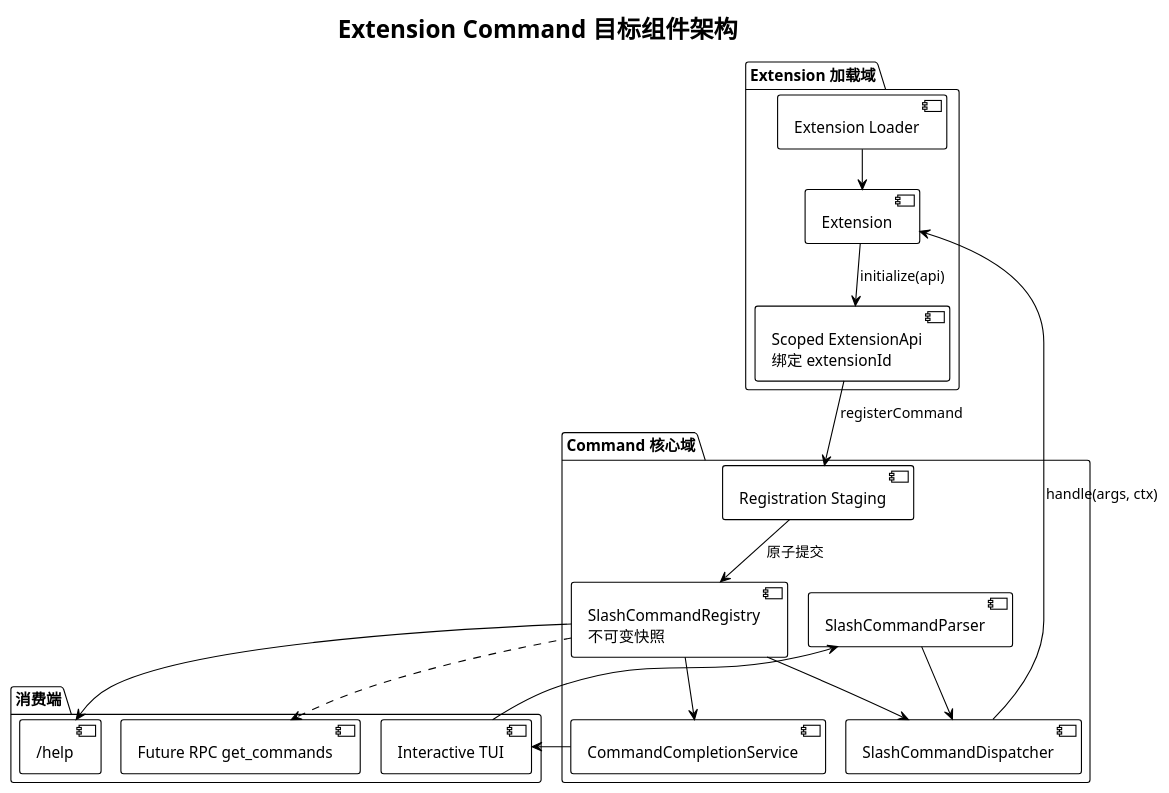
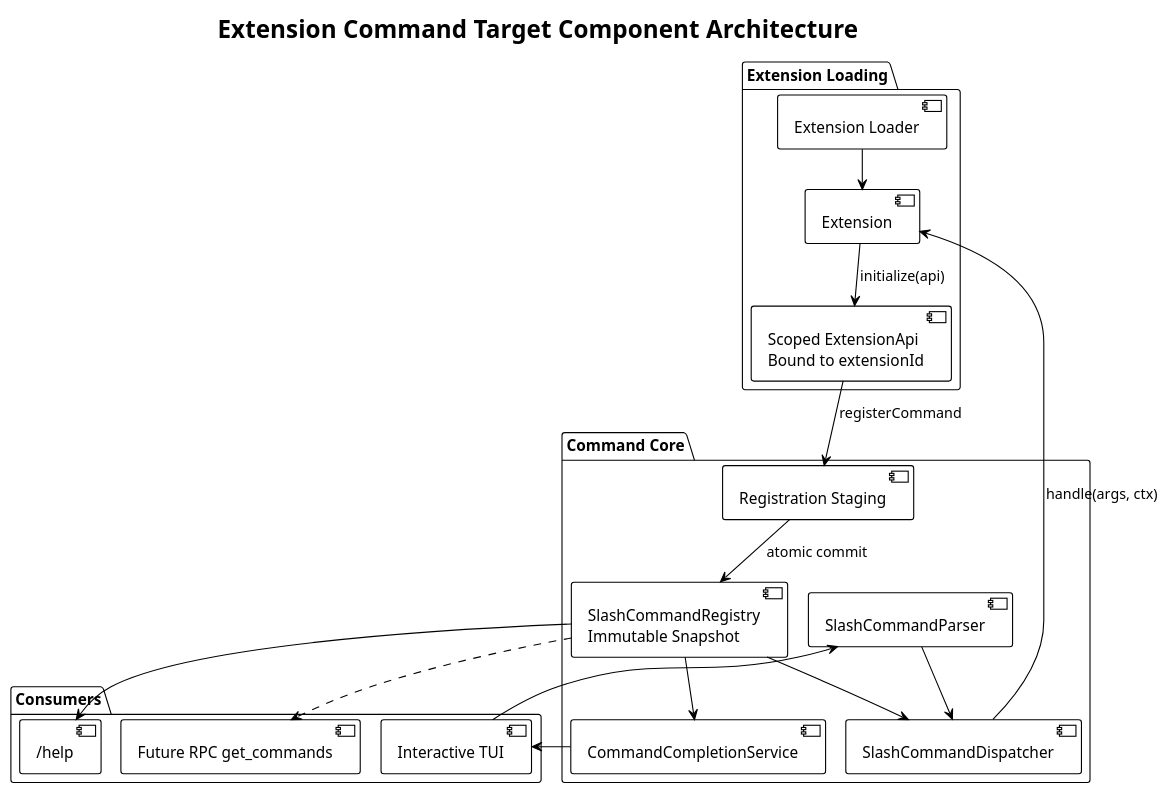
The third of 20 diagrams in diagrams/extension-command/diagram.puml (superheromeZzh/pi-mono-java-design), drawn with PlantUML before and after one commit. The commit also changed other lines of this file and 48 other files, not shown here.

Commit message:
docs: require English PlantUML diagrams

```diff
--- a/diagrams/extension-command/diagram.puml
+++ b/diagrams/extension-command/diagram.puml
@@ -84,44 +84,44 @@
 @startuml 03-target-architecture
 ' pi source: packages/coding-agent/src/core/extensions/loader.ts:201-209
 ' pi source: packages/coding-agent/src/core/extensions/runner.ts:556-602
 ' pi source: packages/coding-agent/src/core/agent-session.ts:1138-1165
 ' Design reason: preserve pi registration/invocation semantics while adding atomic registry publication and shared consumers.
 !theme plain
 !pragma layout smetana
-skinparam defaultFontName "PingFang SC"
+skinparam defaultFontName "SansSerif"
 skinparam shadowing false
 skinparam backgroundColor transparent
-title Extension Command 目标组件架构
+title Extension Command Target Component Architecture
 
 top to bottom direction
-package "Extension 加载域" as Load {
+package "Extension Loading" as Load {
   component "Extension Loader" as loader
   component Extension as extension
-  component "Scoped ExtensionApi\n绑定 extensionId" as scopedApi
+  component "Scoped ExtensionApi\nBound to extensionId" as scopedApi
 }
-package "Command 核心域" as CommandCore {
+package "Command Core" as CommandCore {
   component "Registration Staging" as staging
-  component "SlashCommandRegistry\n不可变快照" as registry
+  component "SlashCommandRegistry\nImmutable Snapshot" as registry
   component SlashCommandParser as parser
   component SlashCommandDispatcher as dispatcher
   component CommandCompletionService as completer
 }
-package "消费端" as Consumers {
+package "Consumers" as Consumers {
   component "Interactive TUI" as tui
   component "/help" as help
   component "Future RPC get_commands" as rpc
 }
 
 loader --> extension
 extension --> scopedApi : initialize(api)
 scopedApi --> staging : registerCommand
-staging --> registry : 原子提交
+staging --> registry : atomic commit
 tui --> parser
 parser --> dispatcher
 registry --> dispatcher
 dispatcher --> extension : handle(args, ctx)
 registry --> completer
 completer --> tui
 registry --> help
 registry ..> rpc
 @enduml
```
